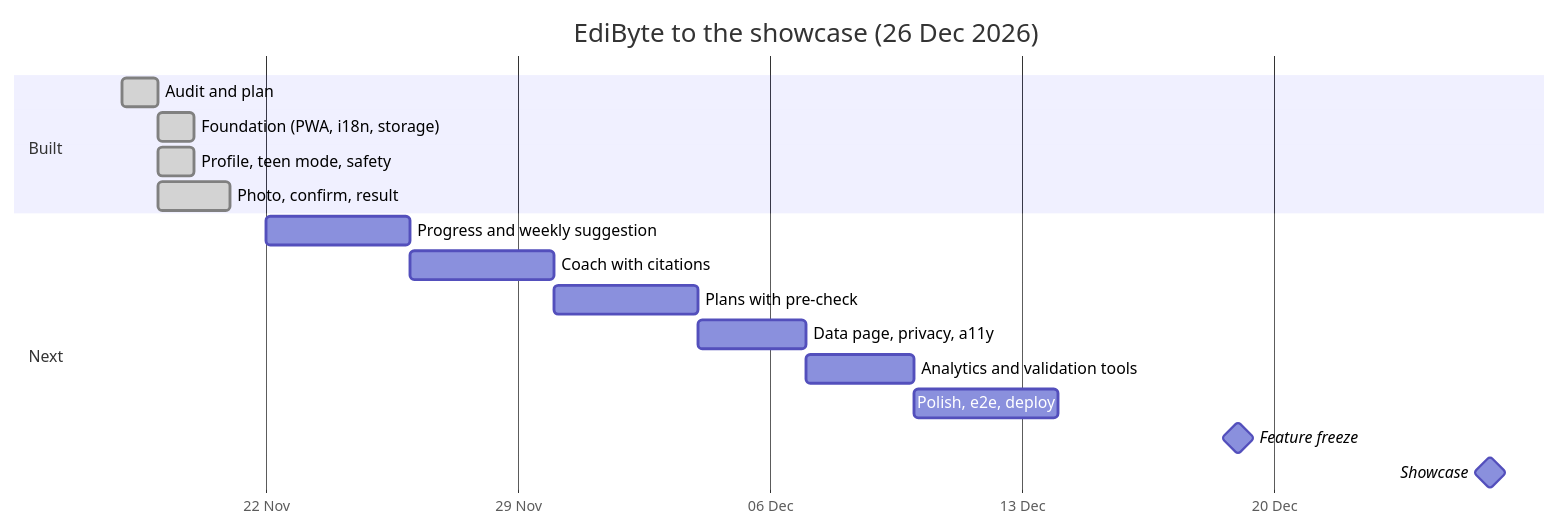
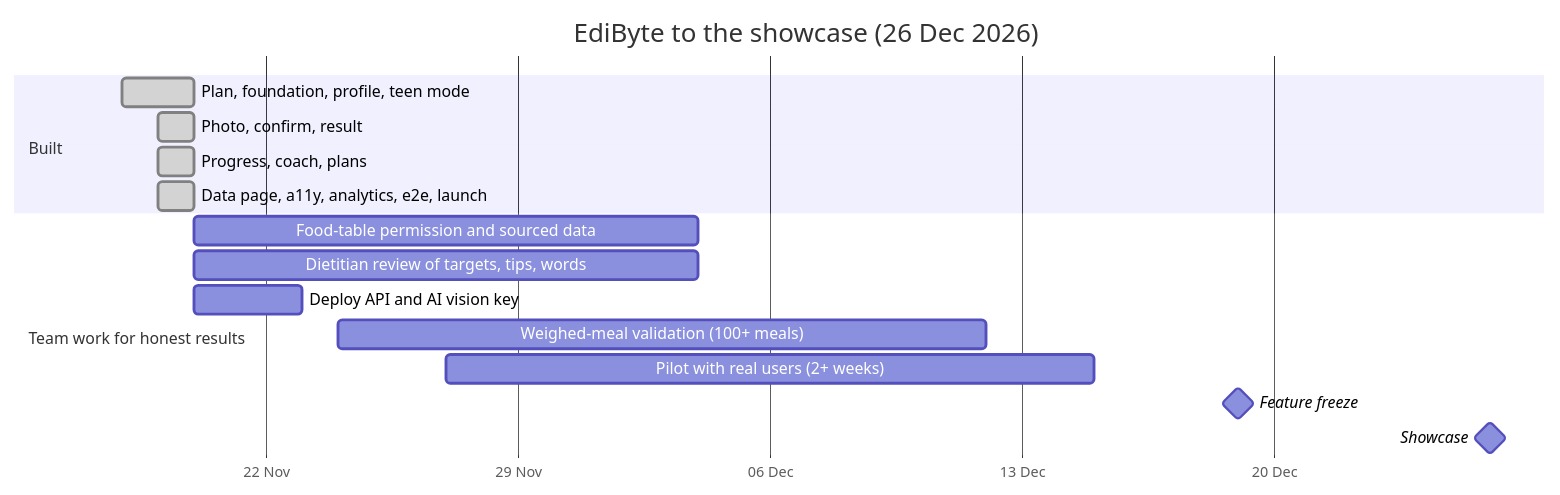
One commit to es-ratt/edibyte changed the seventh of 7 diagrams in README.md. Above: the diagram before and after it, drawn with Mermaid. The commit also changed other lines of this file and 173 other files, not shown here.

````diff
--- a/README.md
+++ b/README.md
@@ -386,20 +408,19 @@
 ```mermaid
 gantt
     title EdiByte to the showcase (26 Dec 2026)
     dateFormat YYYY-MM-DD
     axisFormat %d %b
     section Built
-    Audit and plan                 :done, p0, 2026-11-18, 1d
-    Foundation (PWA, i18n, storage) :done, p1, 2026-11-19, 1d
-    Profile, teen mode, safety     :done, p2, 2026-11-19, 1d
-    Photo, confirm, result         :done, p3, 2026-11-19, 2d
-    section Next
-    Progress and weekly suggestion :p5, 2026-11-22, 4d
-    Coach with citations           :p4, after p5, 4d
-    Plans with pre-check           :p6, after p4, 4d
-    Data page, privacy, a11y       :p7, after p6, 3d
-    Analytics and validation tools :p8, after p7, 3d
-    Polish, e2e, deploy            :p9, after p8, 4d
-    Feature freeze                 :milestone, 2026-12-19, 0d
-    Showcase                       :milestone, 2026-12-26, 0d
+    Plan, foundation, profile, teen mode      :done, a, 2026-11-18, 2d
+    Photo, confirm, result                    :done, b, 2026-11-19, 1d
+    Progress, coach, plans                    :done, c, 2026-11-19, 1d
+    Data page, a11y, analytics, e2e, launch   :done, d, 2026-11-19, 1d
+    section Team work for honest results
+    Food-table permission and sourced data    :t1, 2026-11-20, 14d
+    Dietitian review of targets, tips, words  :t2, 2026-11-20, 14d
+    Deploy API and AI vision key              :t3, 2026-11-20, 3d
+    Weighed-meal validation (100+ meals)      :t4, 2026-11-24, 18d
+    Pilot with real users (2+ weeks)          :t5, 2026-11-27, 18d
+    Feature freeze                            :milestone, 2026-12-19, 0d
+    Showcase                                  :milestone, 2026-12-26, 0d
 ```
````
